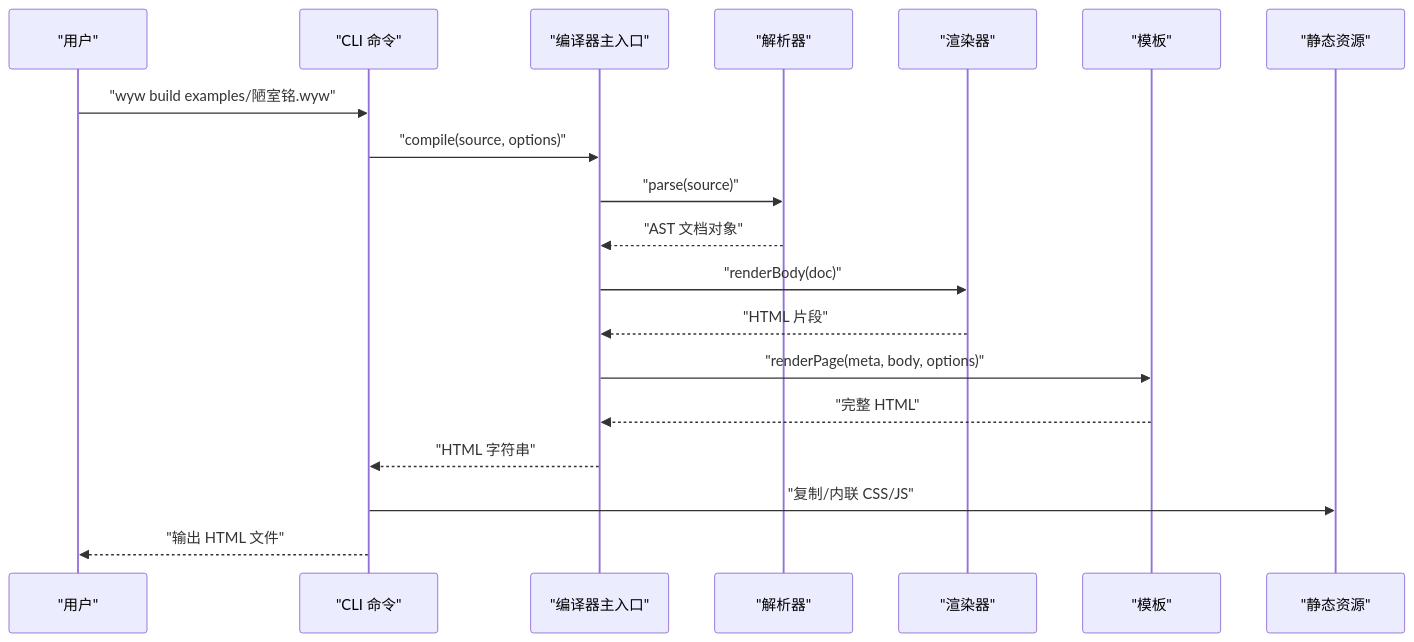
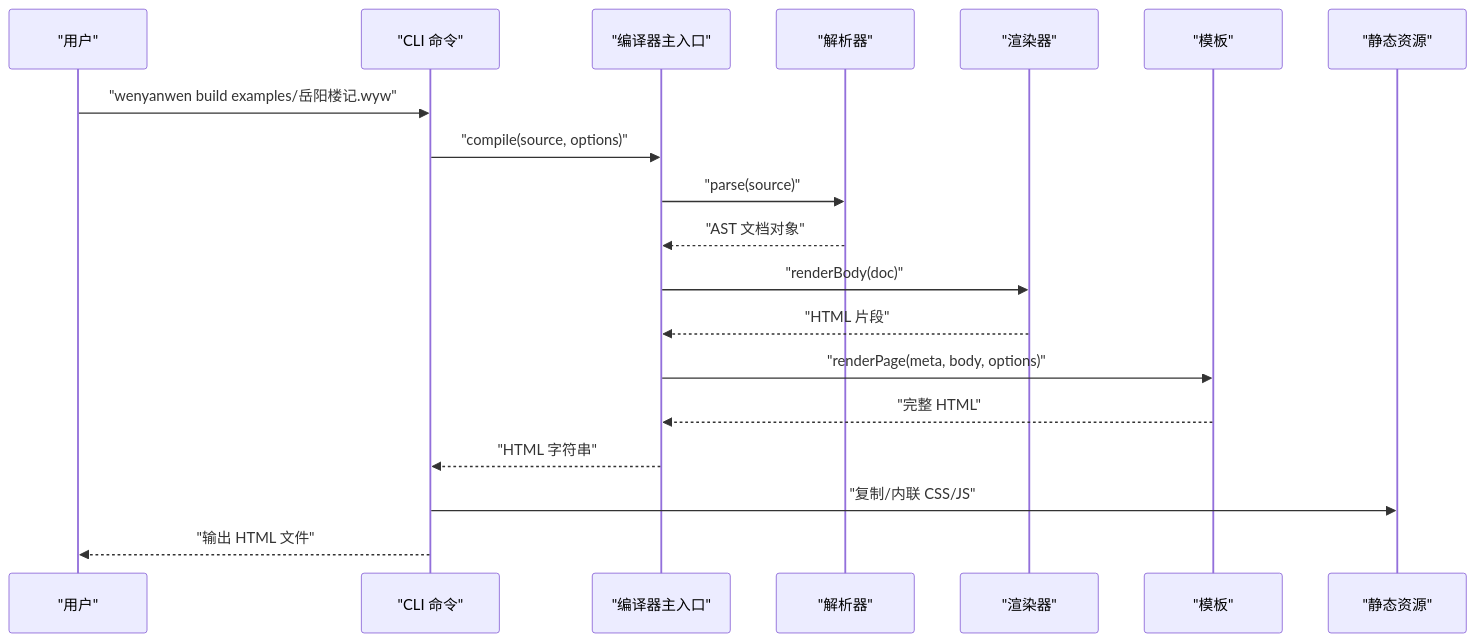
Before and after one commit to BlackBoxRecorder/wyw: the second of 4 diagrams in .qoder/repowiki/zh/content/快速开始.md, drawn with Mermaid. The commit also changed other lines of this file and 5 other files, not shown here.

````diff
--- a/.qoder/repowiki/zh/content/快速开始.md
+++ b/.qoder/repowiki/zh/content/快速开始.md
@@ -84,21 +95,21 @@
 ```mermaid
 sequenceDiagram
 participant U as "用户"
 participant CLI as "CLI 命令"
 participant IDX as "编译器主入口"
 participant P as "解析器"
 participant R as "渲染器"
 participant T as "模板"
 participant A as "静态资源"
-U->>CLI : "wyw build examples/陋室铭.wyw"
+U->>CLI : "wenyanwen build examples/岳阳楼记.wyw"
 CLI->>IDX : "compile(source, options)"
 IDX->>P : "parse(source)"
 P-->>IDX : "AST 文档对象"
 IDX->>R : "renderBody(doc)"
 R-->>IDX : "HTML 片段"
 IDX->>T : "renderPage(meta, body, options)"
 T-->>IDX : "完整 HTML"
 IDX-->>CLI : "HTML 字符串"
 CLI->>A : "复制/内联 CSS/JS"
 CLI-->>U : "输出 HTML 文件"
 ```
````
